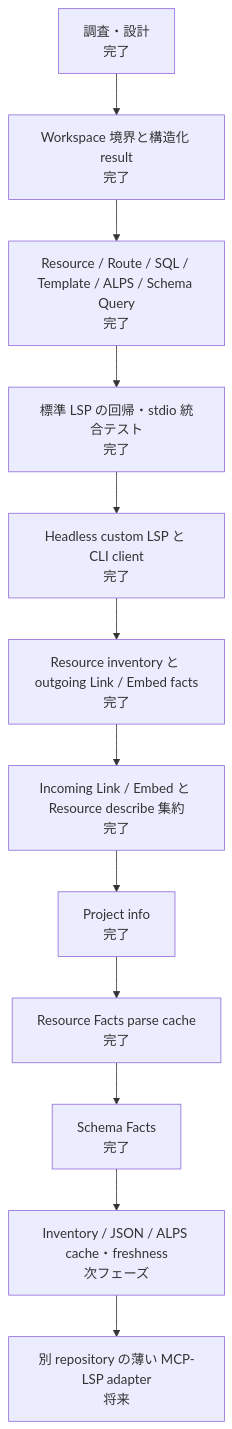
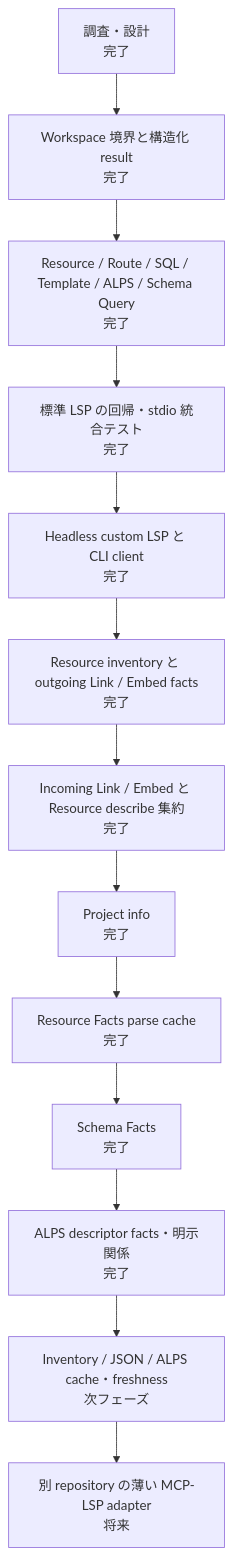
One commit to suzumaze/bear-phpactor-extension changed the second of 2 diagrams in docs/semantic-lsp-progress.ja.md. Above: the diagram before and after it, drawn with Mermaid. The commit also changed other lines of this file and 20 other files, not shown here.

Commit message:
feat: expose ALPS descriptor relationships

````diff
--- a/docs/semantic-lsp-progress.ja.md
+++ b/docs/semantic-lsp-progress.ja.md
@@ -31,17 +31,18 @@
 ```mermaid
 flowchart TD
     p0["調査・設計\n完了"]
     p1["Workspace 境界と構造化 result\n完了"]
     p2["Resource / Route / SQL / Template / ALPS / Schema Query\n完了"]
     p3["標準 LSP の回帰・stdio 統合テスト\n完了"]
     p4["Headless custom LSP と CLI client\n完了"]
     p5["Resource inventory と outgoing Link / Embed facts\n完了"]
     p6["Incoming Link / Embed と Resource describe 集約\n完了"]
     p7["Project info\n完了"]
     p75["Resource Facts parse cache\n完了"]
     p76["Schema Facts\n完了"]
-    p77["Inventory / JSON / ALPS cache・freshness\n次フェーズ"]
+    p77["ALPS descriptor facts・明示関係\n完了"]
+    p78["Inventory / JSON / ALPS cache・freshness\n次フェーズ"]
     p8["別 repository の薄い MCP-LSP adapter\n将来"]
 
-    p0 --> p1 --> p2 --> p3 --> p4 --> p5 --> p6 --> p7 --> p75 --> p76 --> p77 --> p8
+    p0 --> p1 --> p2 --> p3 --> p4 --> p5 --> p6 --> p7 --> p75 --> p76 --> p77 --> p78 --> p8
 ```
````
